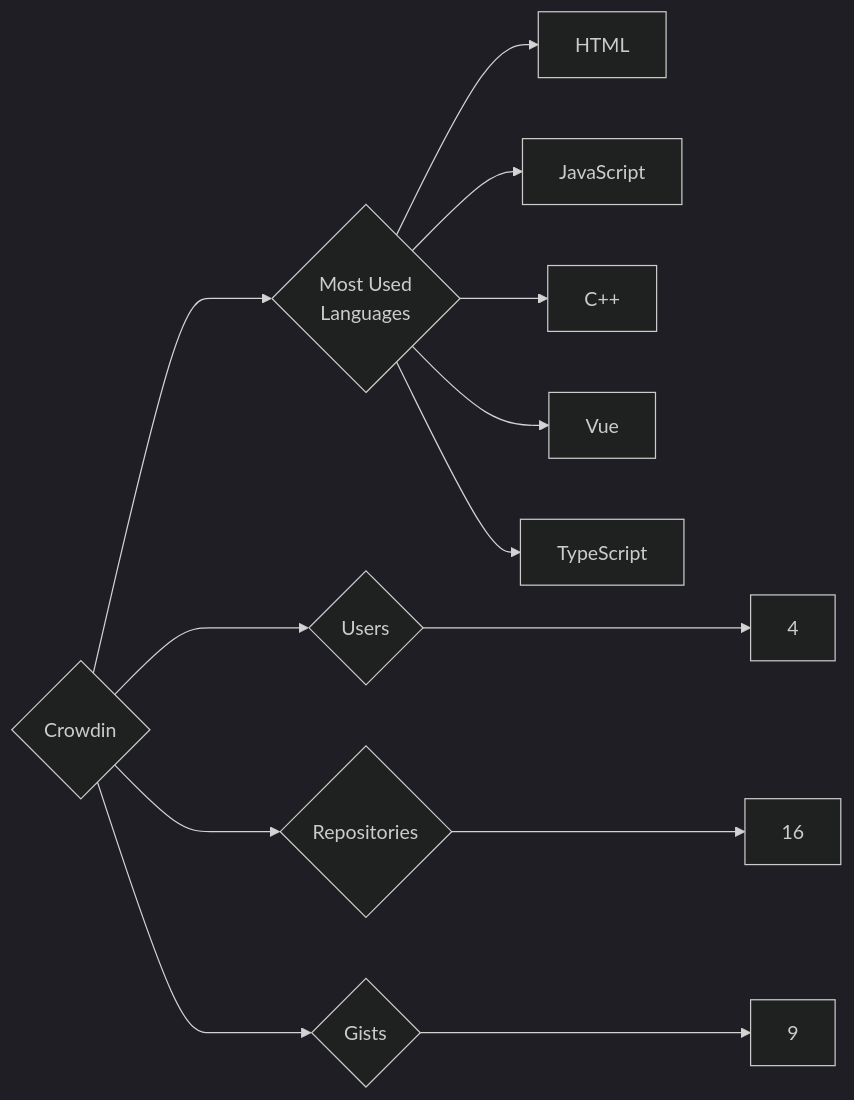
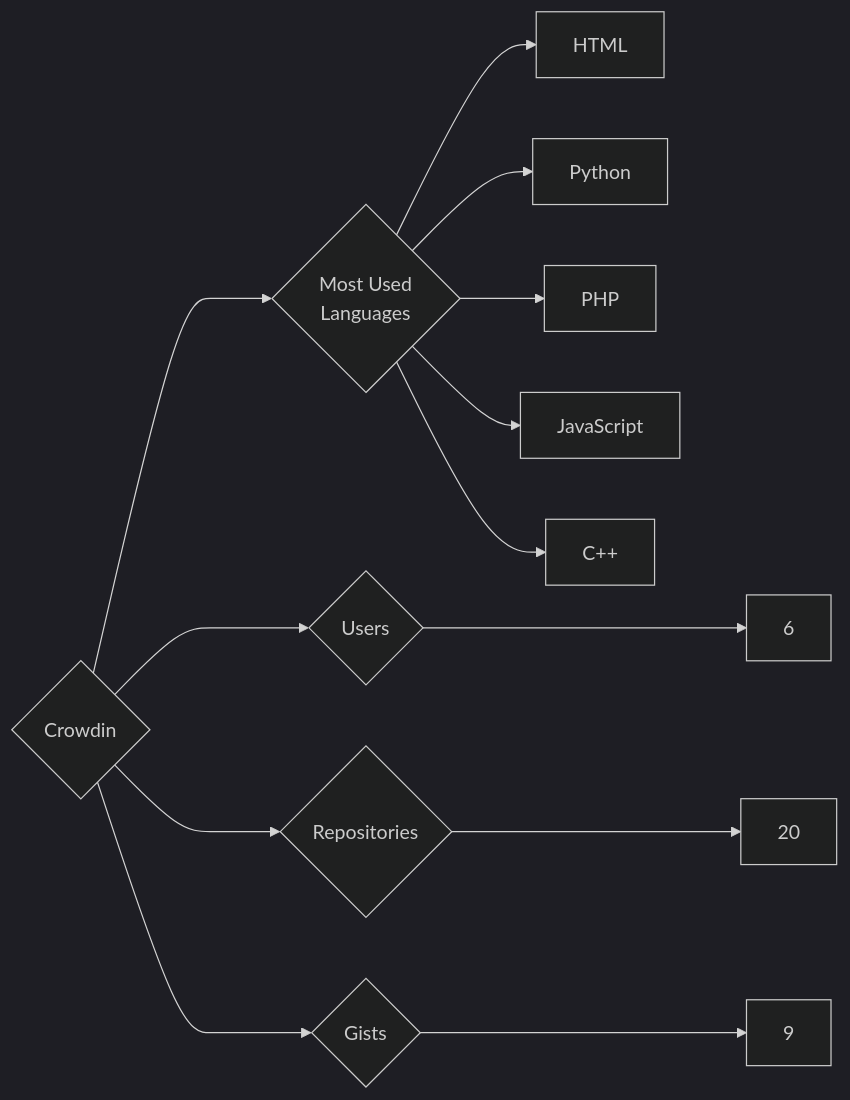
One commit to trickest/insiders changed the diagram in targets/Crowdin/README.md. Above: the diagram before and after it, drawn with Mermaid (dark theme). The commit also changed 894 other files, not shown here.

````diff
--- a/targets/Crowdin/README.md
+++ b/targets/Crowdin/README.md
@@ -3,13 +3,13 @@
 ```mermaid
 graph LR
 COMPANY_NAME{Crowdin}
-COMPANY_NAME ---> U{Users} ---> UN[4]
-COMPANY_NAME ---> R{Repositories} ---> RN[16]
+COMPANY_NAME ---> U{Users} ---> UN[6]
+COMPANY_NAME ---> R{Repositories} ---> RN[20]
 COMPANY_NAME ---> G{Gists} ---> GN[9]
 COMPANY_NAME ---> ML{Most Used<br>Languages}
 ML --> HTML[HTML]
+ML --> Python[Python]
+ML --> PHP[PHP]
 ML --> JavaScript[JavaScript]
 ML --> C++[C++]
-ML --> Vue[Vue]
-ML --> TypeScript[TypeScript]
 ```
````
